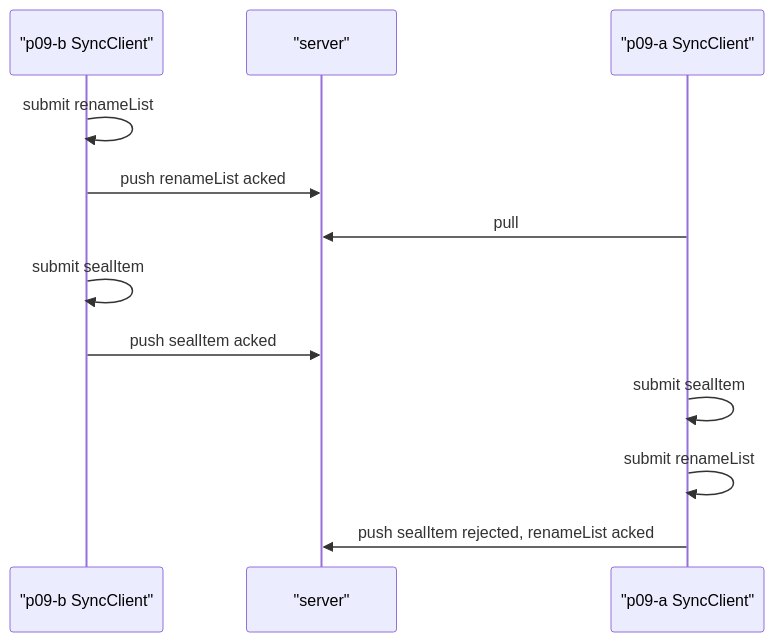
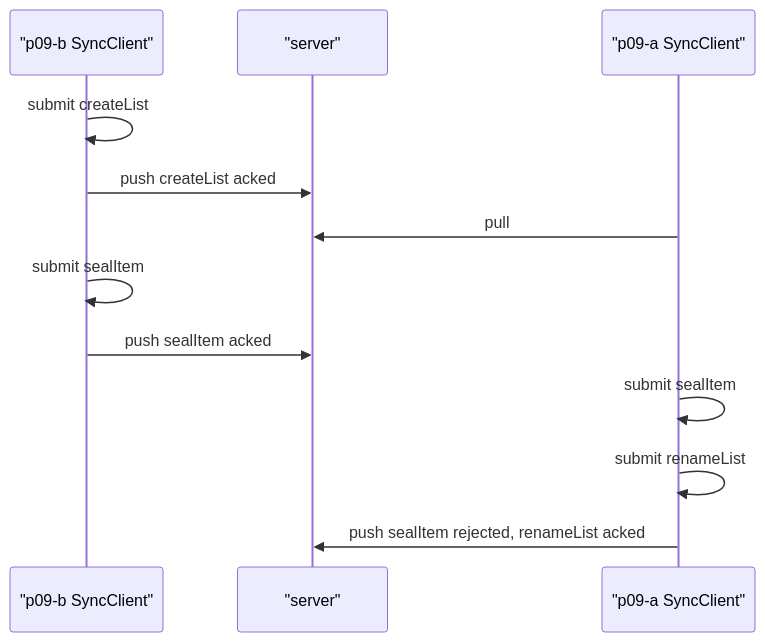
One commit to pietgk/viviefs changed the fifth of 10 diagrams in docs/evidence/2026-09-22-p09.md. Above: the diagram before and after it, drawn with Mermaid. The commit also changed other lines of this file and 131 other files, not shown here.

````diff
--- a/docs/evidence/2026-09-22-p09.md
+++ b/docs/evidence/2026-09-22-p09.md
@@ -116,14 +116,14 @@
 ```mermaid
 sequenceDiagram
   participant p09_b_SyncClient as "p09-b SyncClient"
   participant server as "server"
   participant p09_a_SyncClient as "p09-a SyncClient"
-  p09_b_SyncClient->>p09_b_SyncClient: submit renameList
-  p09_b_SyncClient->>server: push renameList acked
+  p09_b_SyncClient->>p09_b_SyncClient: submit createList
+  p09_b_SyncClient->>server: push createList acked
   p09_a_SyncClient->>server: pull
   p09_b_SyncClient->>p09_b_SyncClient: submit sealItem
   p09_b_SyncClient->>server: push sealItem acked
   p09_a_SyncClient->>p09_a_SyncClient: submit sealItem
   p09_a_SyncClient->>p09_a_SyncClient: submit renameList
   p09_a_SyncClient->>server: push sealItem rejected, renameList acked
 ```
````
